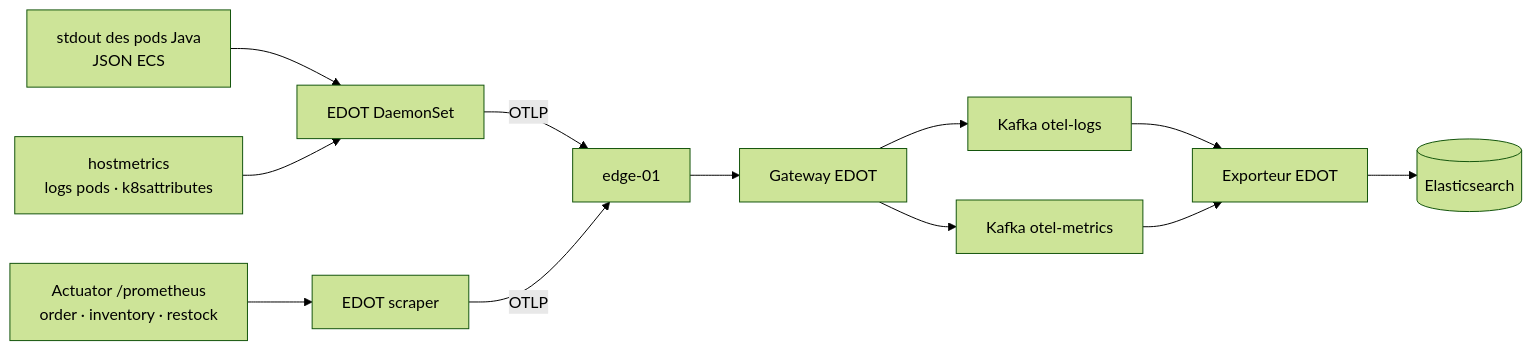
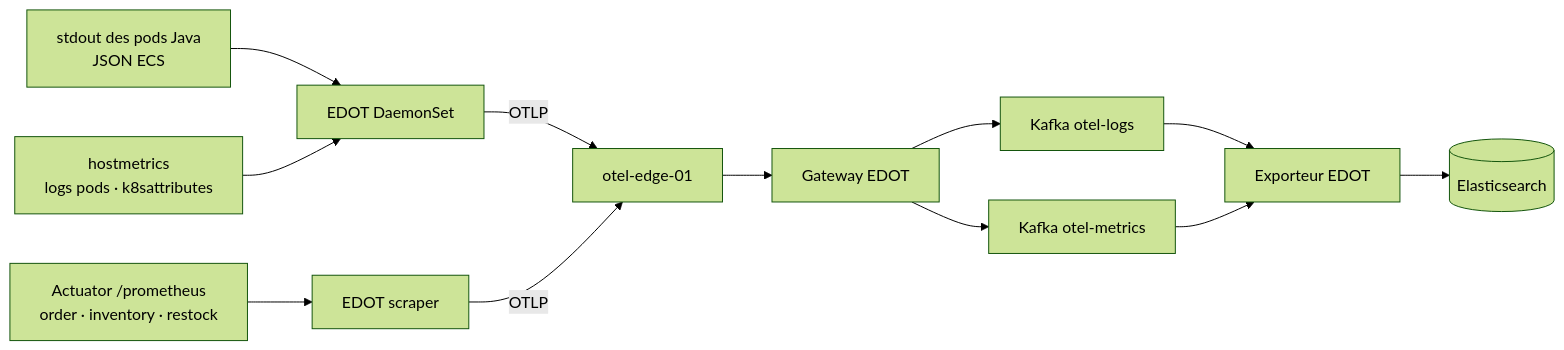
One commit to elkouhen/systemlens-observability-lab changed the third of 5 diagrams in v3/slides/slides.md. Above: the diagram before and after it, drawn with Mermaid (forest theme). The commit also changed other lines of this file and 19 other files, not shown here.

Commit message:
Uniformiser le nommage du frontal v3 en otel-edge

````diff
--- a/v3/slides/slides.md
+++ b/v3/slides/slides.md
@@ -119,14 +119,14 @@
 ```mermaid
 flowchart LR
   PODS[stdout des pods Java\nJSON ECS] --> D[EDOT DaemonSet]
   HOST[hostmetrics\nlogs pods · k8sattributes] --> D
   ACT[Actuator /prometheus\norder · inventory · restock] --> S[EDOT scraper]
-  D -->|OTLP| EDGE[edge-01]
+  D -->|OTLP| EDGE[otel-edge-01]
   S -->|OTLP| EDGE
   EDGE --> G[Gateway EDOT]
   G --> L[Kafka otel-logs]
   G --> M[Kafka otel-metrics]
   L --> X[Exporteur EDOT]
   M --> X
   X --> ES[(Elasticsearch)]
 ```
````
